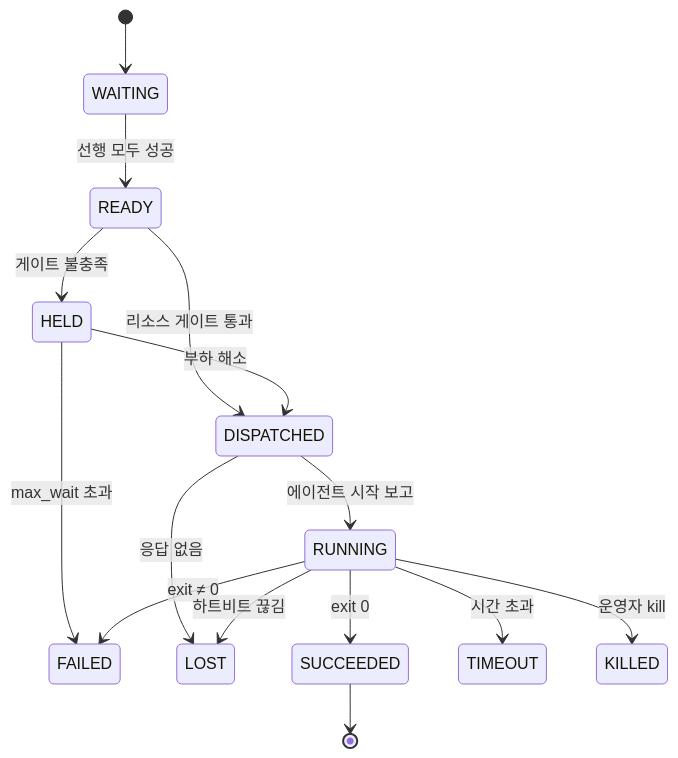
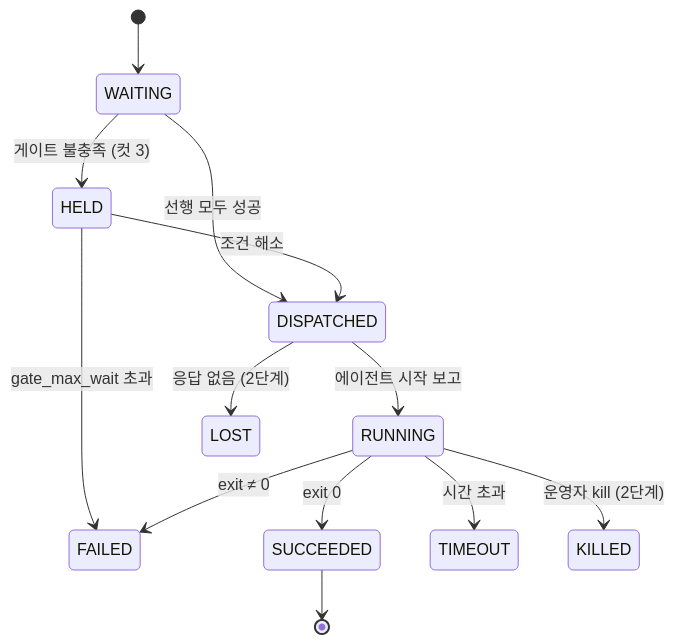
The third of 3 diagrams in docs/02-mvp-architecture.md (bulletgirls/contune), drawn with Mermaid before and after one commit. The commit also changed other lines of this file and 3 other files, not shown here.

````diff
--- a/docs/02-mvp-architecture.md
+++ b/docs/02-mvp-architecture.md
@@ -241,17 +367,15 @@
 ```mermaid
 stateDiagram-v2
   [*] --> WAITING
-  WAITING --> READY: 선행 모두 성공
-  READY --> DISPATCHED: 리소스 게이트 통과
-  READY --> HELD: 게이트 불충족
-  HELD --> DISPATCHED: 부하 해소
-  HELD --> FAILED: max_wait 초과
+  WAITING --> DISPATCHED: 선행 모두 성공
+  WAITING --> HELD: 게이트 불충족 (컷 3)
+  HELD --> DISPATCHED: 조건 해소
+  HELD --> FAILED: gate_max_wait 초과
   DISPATCHED --> RUNNING: 에이전트 시작 보고
-  DISPATCHED --> LOST: 응답 없음
+  DISPATCHED --> LOST: 응답 없음 (2단계)
   RUNNING --> SUCCEEDED: exit 0
   RUNNING --> FAILED: exit ≠ 0
   RUNNING --> TIMEOUT: 시간 초과
-  RUNNING --> KILLED: 운영자 kill
-  RUNNING --> LOST: 하트비트 끊김
+  RUNNING --> KILLED: 운영자 kill (2단계)
   SUCCEEDED --> [*]
 ```
````
